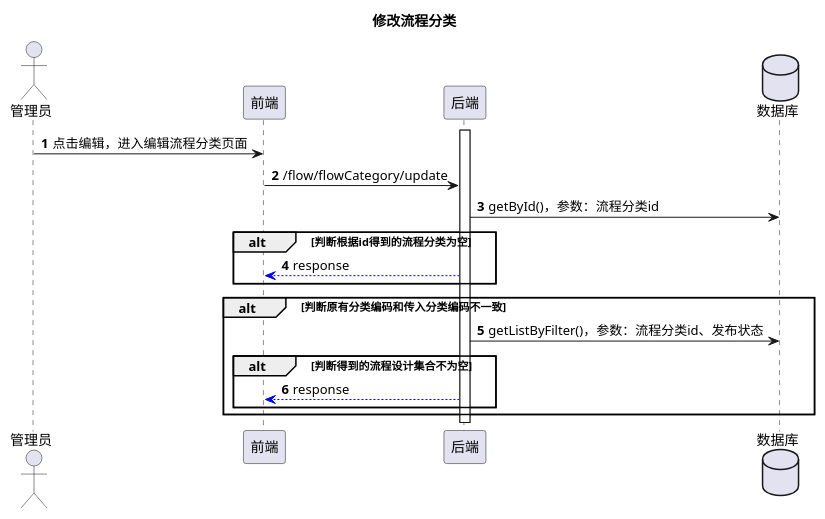
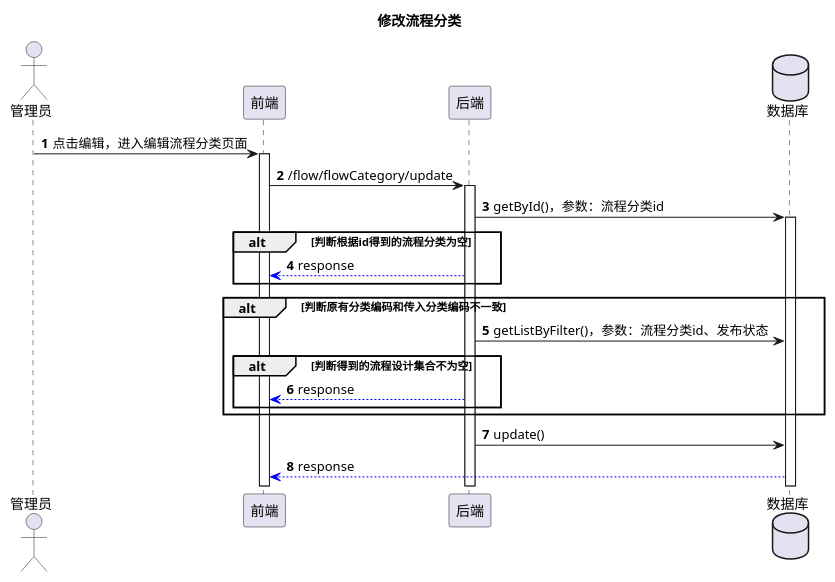
The diagram in document/uml/flow_design/修改流程分类.puml (Tooooooo/workflow_hub), drawn with PlantUML before and after one commit. The commit also changed other lines of this file and 1 other file, not shown here.

```diff
--- a/document/uml/flow_design/修改流程分类.puml
+++ b/document/uml/flow_design/修改流程分类.puml
@@ -1,24 +1,28 @@
 @startuml
 'https://plantuml.com/sequence-diagram
 
 title 修改流程分类
 actor 管理员
 participant 前端
 participant 后端
 database 数据库
 autonumber
 
 管理员 -> 前端: 点击编辑，进入编辑流程分类页面
+activate 前端
 前端 -> 后端: /flow/flowCategory/update
+activate 后端
 后端 -> 数据库: getById()，参数：流程分类id
+activate 数据库
 alt 判断根据id得到的流程分类为空
 后端 --[#blue]> 前端: response
 end
-activate 后端
 alt 判断原有分类编码和传入分类编码不一致
 后端 -> 数据库: getListByFilter()，参数：流程分类id、发布状态
 alt 判断得到的流程设计集合不为空
 后端 --[#blue]> 前端: response
 end
 end
+后端 -> 数据库: update()
+数据库 --[#blue]> 前端: response
 @enduml
```
